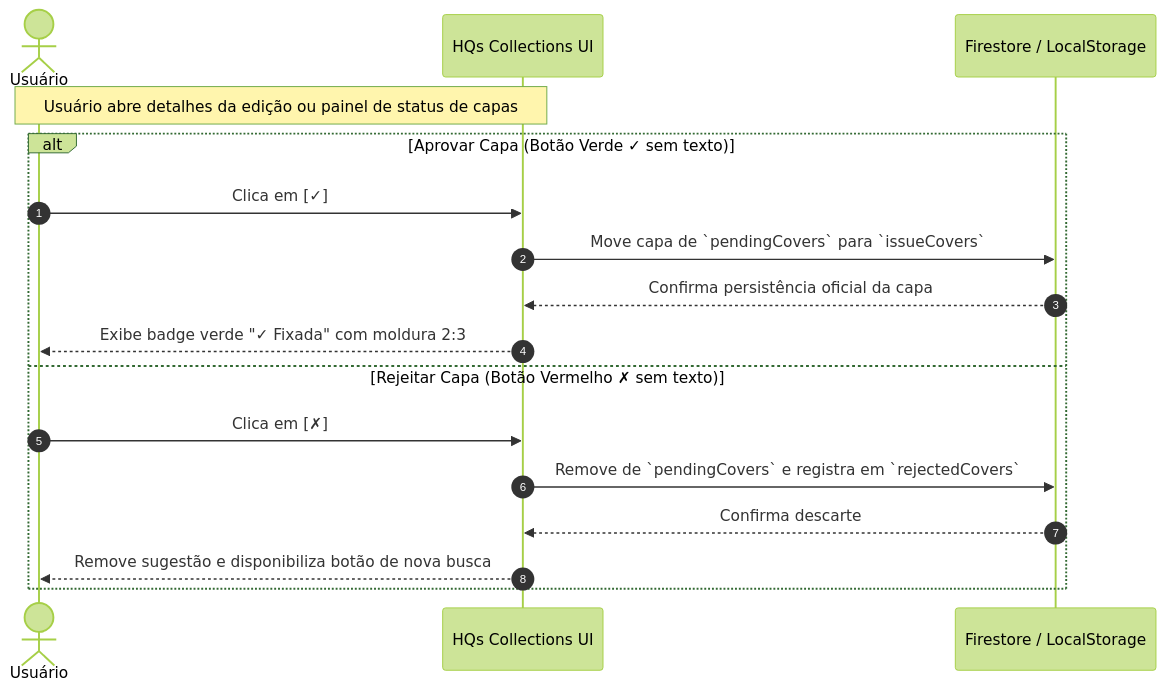
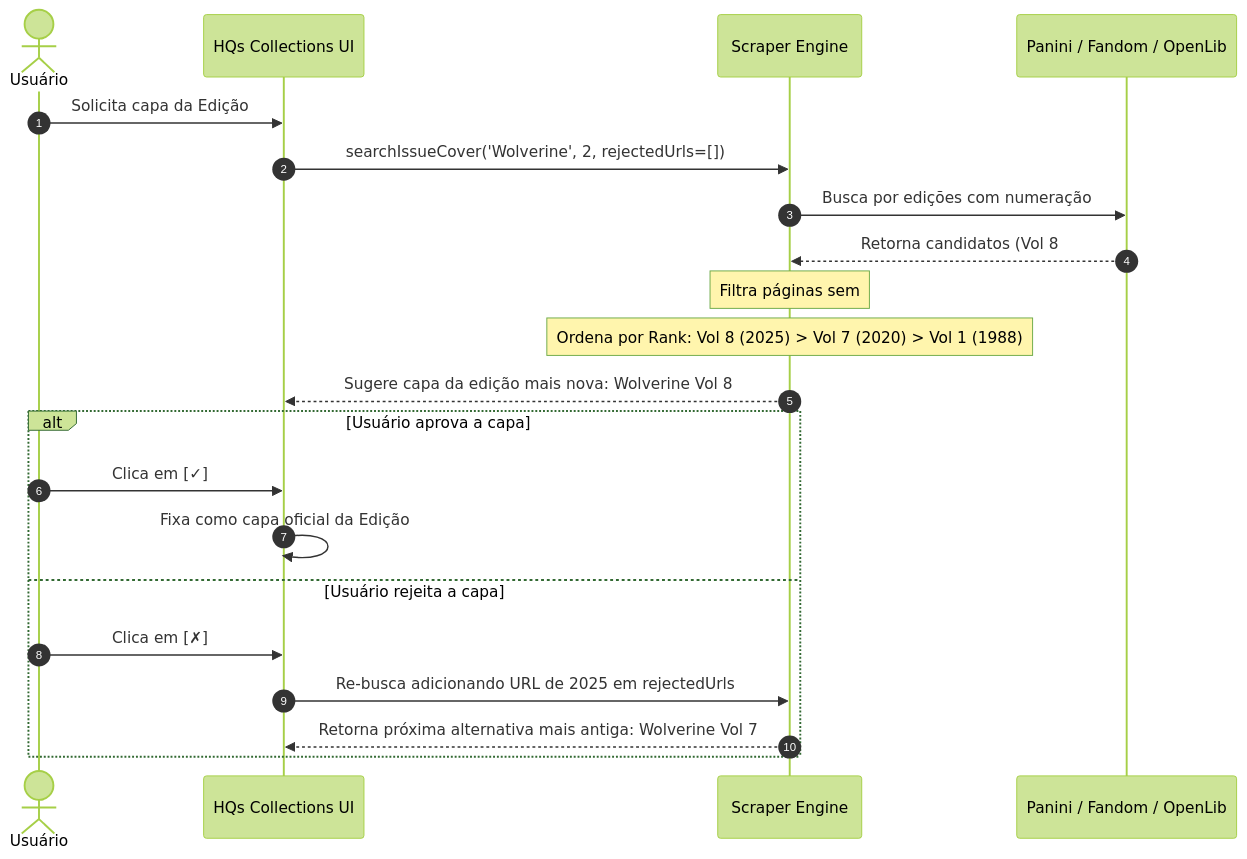
Before and after one commit to williamdevide/antigravity.collections: the second of 2 diagrams in documentation/architecture.md, drawn with Mermaid (forest theme). The commit also changed other lines of this file and 9 other files, not shown here.

````diff
--- a/documentation/architecture.md
+++ b/documentation/architecture.md
@@ -65,20 +59,25 @@
 ```mermaid
 sequenceDiagram
     autonumber
     actor User as Usuário
     participant UI as HQs Collections UI
-    participant Storage as Firestore / LocalStorage
+    participant Engine as Scraper Engine
+    participant Sources as Panini / Fandom / OpenLib
 
-    Note over User,UI: Usuário abre detalhes da edição ou painel de status de capas
-    alt Aprovar Capa (Botão Verde ✓ sem texto)
+    User->>UI: Solicita capa da Edição #2 do Wolverine
+    UI->>Engine: searchIssueCover('Wolverine', 2, rejectedUrls=[])
+    Engine->>Sources: Busca por edições com numeração #2
+    Sources-->>Engine: Retorna candidatos (Vol 8 #2 [2025], Vol 7 #2 [2020], Vol 1 #2 [1988])
+    Note over Engine: Filtra páginas sem #2 (descarta retratos e posters)
+    Note over Engine: Ordena por Rank: Vol 8 (2025) > Vol 7 (2020) > Vol 1 (1988)
+    Engine-->>UI: Sugere capa da edição mais nova: Wolverine Vol 8 #2 (2025)
+    
+    alt Usuário aprova a capa
         User->>UI: Clica em [✓]
-        UI->>Storage: Move capa de `pendingCovers` para `issueCovers`
-        Storage-->>UI: Confirma persistência oficial da capa
-        UI-->>User: Exibe badge verde "✓ Fixada" com moldura 2:3
-    else Rejeitar Capa (Botão Vermelho ✗ sem texto)
+        UI->>UI: Fixa como capa oficial da Edição #2
+    else Usuário rejeita a capa
         User->>UI: Clica em [✗]
-        UI->>Storage: Remove de `pendingCovers` e registra em `rejectedCovers`
-        Storage-->>UI: Confirma descarte
-        UI-->>User: Remove sugestão e disponibiliza botão de nova busca
+        UI->>Engine: Re-busca adicionando URL de 2025 em rejectedUrls
+        Engine-->>UI: Retorna próxima alternativa mais antiga: Wolverine Vol 7 #2 (2020)
     end
 ```
````
